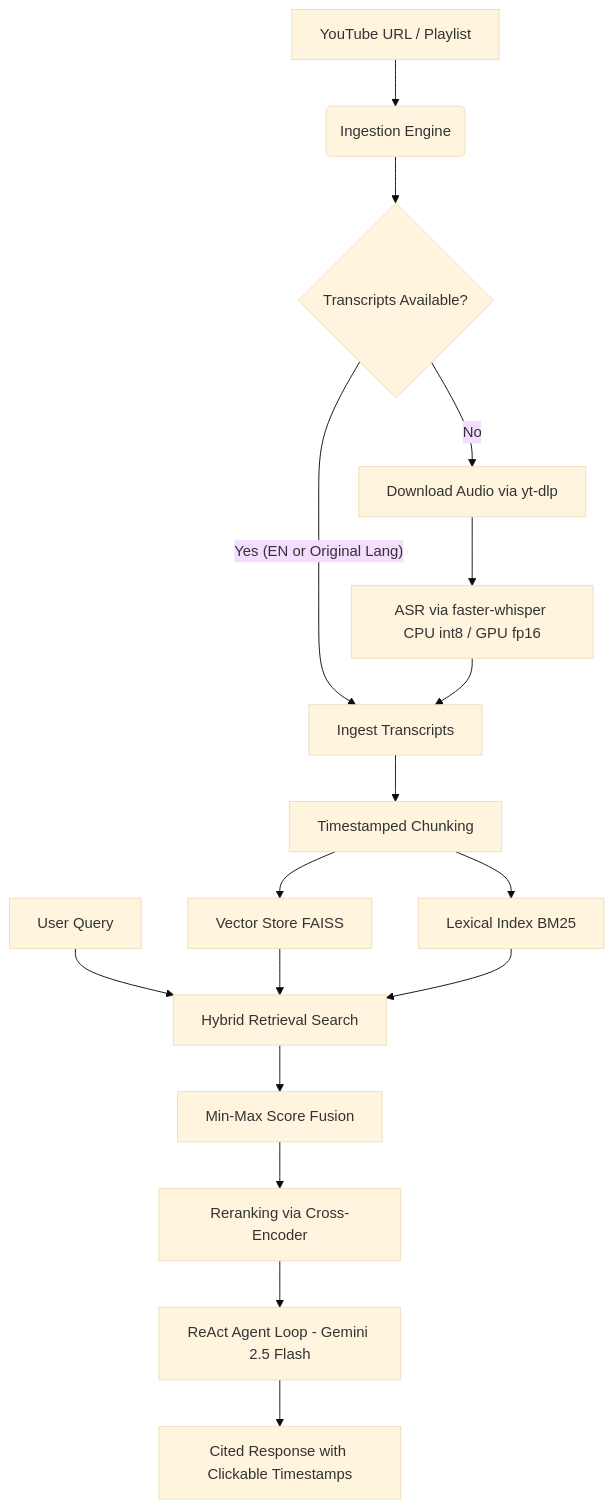
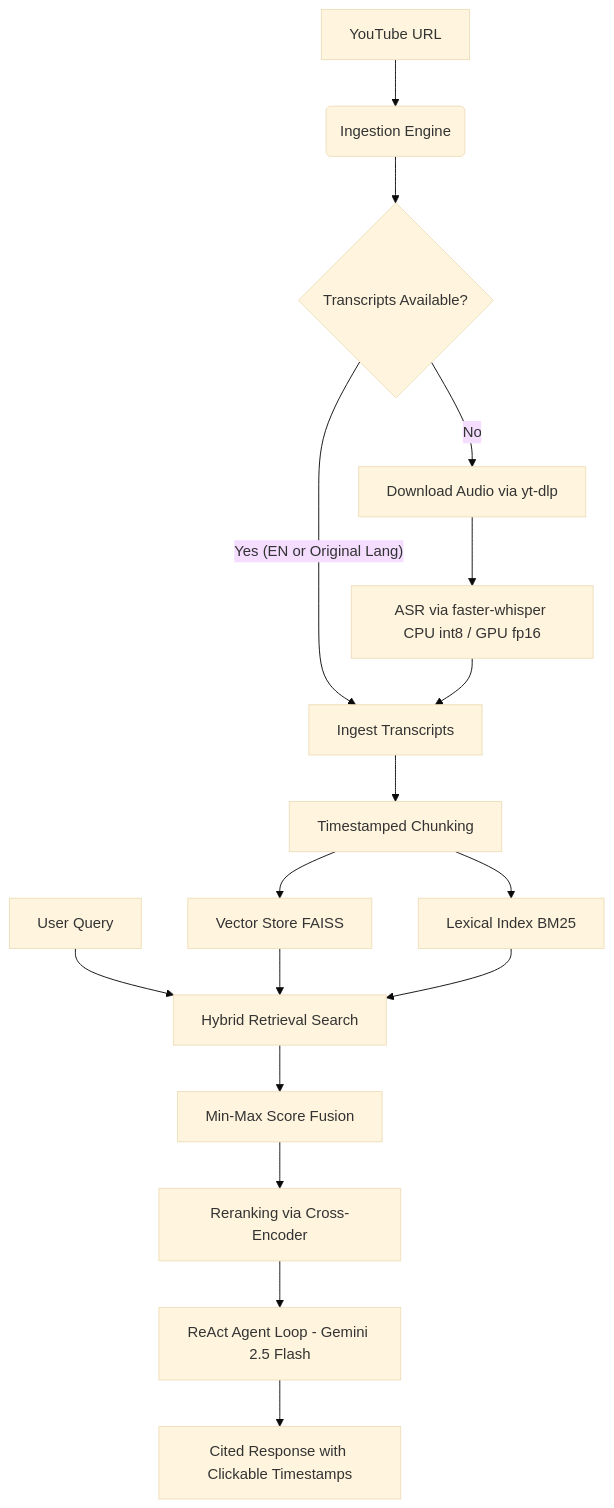
One commit to BandlaHemanth/agentic-multi-video-research-assistant changed the diagram in README.md. Above: the diagram before and after it, drawn with Mermaid (base theme). The commit also changed other lines of this file, not shown here.

````diff
--- a/README.md
+++ b/README.md
@@ -17,19 +17,19 @@
 ```mermaid
 graph TD
-    A[YouTube URL / Playlist] --> B(Ingestion Engine)
+    A[YouTube URL] --> B(Ingestion Engine)
     B --> C{Transcripts Available?}
     C -- Yes (EN or Original Lang) --> D[Ingest Transcripts]
     C -- No --> E[Download Audio via yt-dlp]
     E --> F[ASR via faster-whisper CPU int8 / GPU fp16]
     F --> D
     D --> G[Timestamped Chunking]
     G --> H[Vector Store FAISS]
     G --> I[Lexical Index BM25]
     J[User Query] --> K[Hybrid Retrieval Search]
     H --> K
     I --> K
     K --> L[Min-Max Score Fusion]
     L --> M[Reranking via Cross-Encoder]
     M --> N[ReAct Agent Loop - Gemini 2.5 Flash]
     N --> O[Cited Response with Clickable Timestamps]
 ```
````
